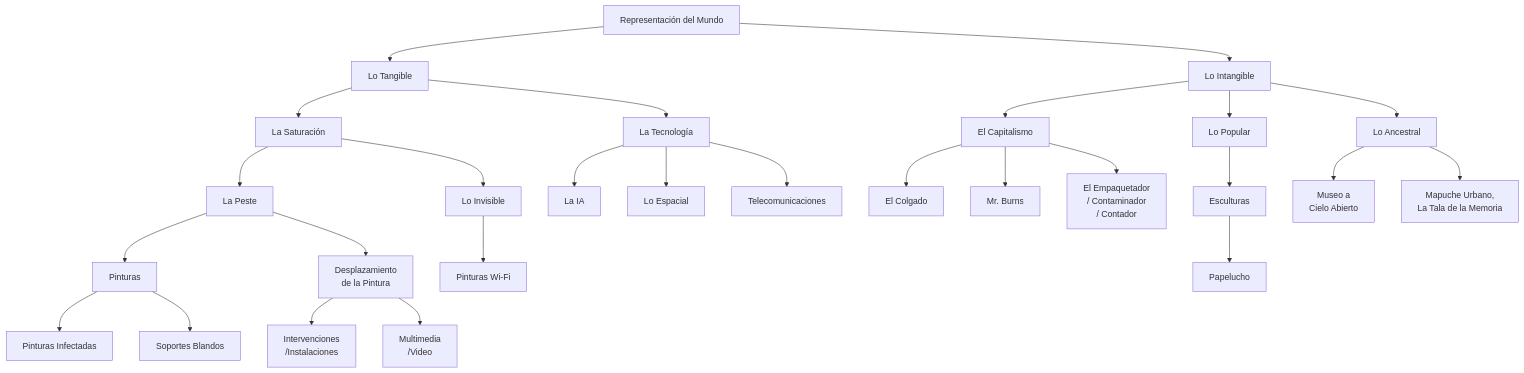
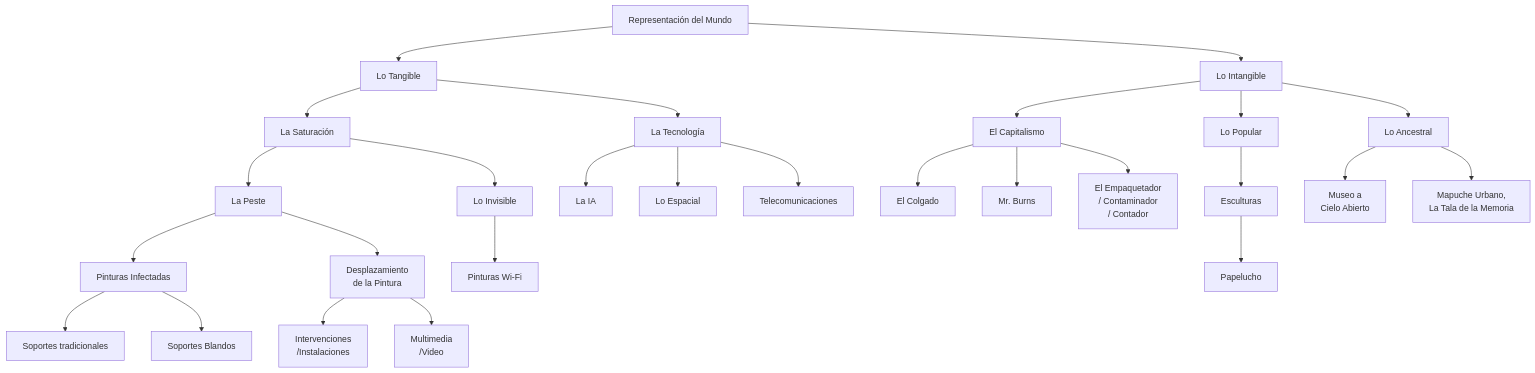
One commit to EGGS-Artesvisuales/EGGS-Artesvisuales.github.io changed the first of 3 diagrams in ES/diagrama.md. Above: the diagram before and after it, drawn with Mermaid.

```diff
--- a/ES/diagrama.md
+++ b/ES/diagrama.md
@@ -25,62 +25,62 @@
   <div class="mermaid">
     graph TD
       A[Representación del Mundo] --> A1[Lo Tangible]
       A --> A2[Lo Intangible]
 
       A1 --> A1a[La Saturación]
       A1a --> A1a1[La Peste]
-      A1a1 --> A1a1a[Pinturas]
-      A1a1a --> A1a1a1[Pinturas Infectadas]
+      A1a1 --> A1a1a[Pinturas Infectadas]
+      A1a1a --> A1a1a1[Soportes tradicionales]
       A1a1a --> A1a1a2[Soportes Blandos]
       A1a1 --> A1a1b[Desplazamiento \nde la Pintura]
       A1a1b --> A1a1b1[Intervenciones\n /Instalaciones]
       A1a1b --> A1a1b2[Multimedia \n/Video]
       A1a --> A1a2[Lo Invisible]
       A1a2 --> A1a2a[Pinturas Wi-Fi]
 
       A1 --> A1b[La Tecnología]
       A1b --> A1b1[La IA]
       A1b --> A1b2[Lo Espacial]
       A1b --> A1b3[Telecomunicaciones]
 
       A2 --> A2a[El Capitalismo]
       A2a --> A2a1[El Colgado]
       A2a --> A2a2[Mr. Burns]
       A2a --> A2a3[El Empaquetador\n / Contaminador\n / Contador]
 
       A2 --> A2b[Lo Popular]
       A2b --> A2b1[Esculturas]
       A2b1 --> A2b1a[Papelucho]
 
       A2 --> A2c[Lo Ancestral]
       A2c --> A2c1[Museo a \n Cielo Abierto]
       A2c --> A2c2[Mapuche Urbano, \n La Tala de la Memoria]
 
       click A "mundo-exterior.html" "Ir a Representación del Mundo"
       click A1 "tangible.html" "Ir a Lo Tangible"
       click A1a "/la-saturacion.html" "Ir a La Saturación"
       click A1a1 "/la-peste.html" "Ir a La Peste"
       click A1a1a "/pinturas.html" "Ir a Pinturas"
       click A1a1a1 "/pinturas-infectadas.html" "Ir a Pinturas Infectadas"
       click A1a1a2 "/soportes-blandos.html" "Ir a Soportes Blandos"
       click A1a1b "/desplazamiento-pintura.html" "Ir a Desplazamiento de la Pintura"
       click A1a1b1 "/intervenciones-instalaciones.html" "Ir a Intervenciones/Instalaciones"
       click A1a1b2 "/multimedia-video.html" "Ir a Multimedia/Video"
       click A1a2 "/lo-invisible.html" "Ir a Lo Invisible"
       click A1a2a "/pinturas-wifi.html" "Ir a Pinturas Wi-Fi"
       click A1b "/la-tecnologia.html" "Ir a La Tecnología"
       click A1b1 "/la-ia.html" "Ir a La IA"
       click A1b2 "/lo-espacial.html" "Ir a Lo Espacial"
       click A1b3 "/telecomunicaciones.html" "Ir a Telecomunicaciones"
       click A2 "intangible.html" "Ir a Lo Intangible"
       click A2a "/el-capitalismo.html" "Ir a El Capitalismo"
       click A2a1 "/el-colgado.html" "Ir a El Colgado"
       click A2a2 "/mr-burns.html" "Ir a Mr. Burns"
       click A2a3 "/el-empaquetador.html" "Ir a El Empaquetador"
       click A2b "/lo-popular.html" "Ir a Lo Popular"
       click A2b1 "/esculturas.html" "Ir a Esculturas"
       click A2b1a "/papelucho.html" "Ir a Papelucho"
       click A2c "/lo-ancestral.html" "Ir a Lo Ancestral"
       click A2c1 "/museo-a-cielo-abierto.html" "Ir a Museo a Cielo Abierto"
       click A2c2 "/mapuche-urbano.html" "Ir a Mapuche Urbano"
   </div>
```
